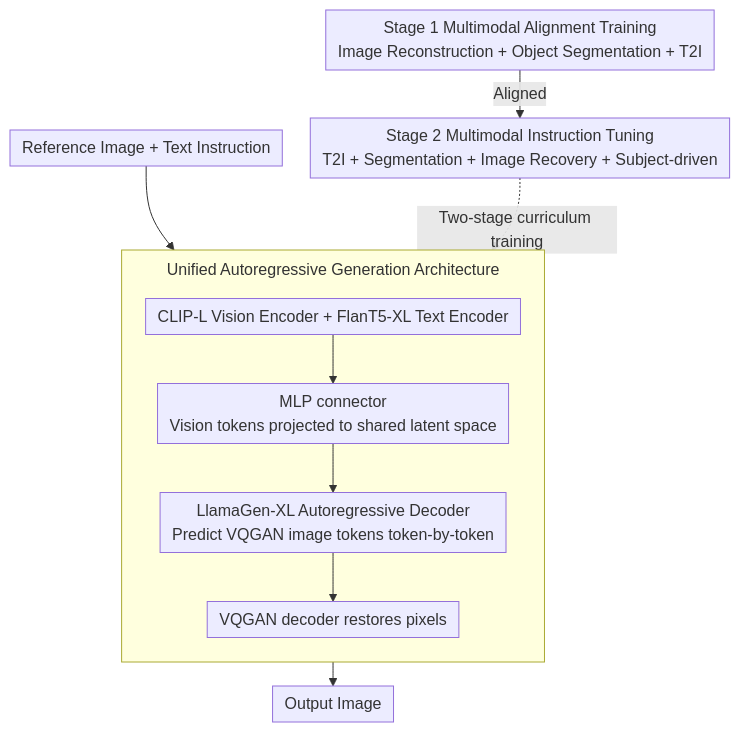
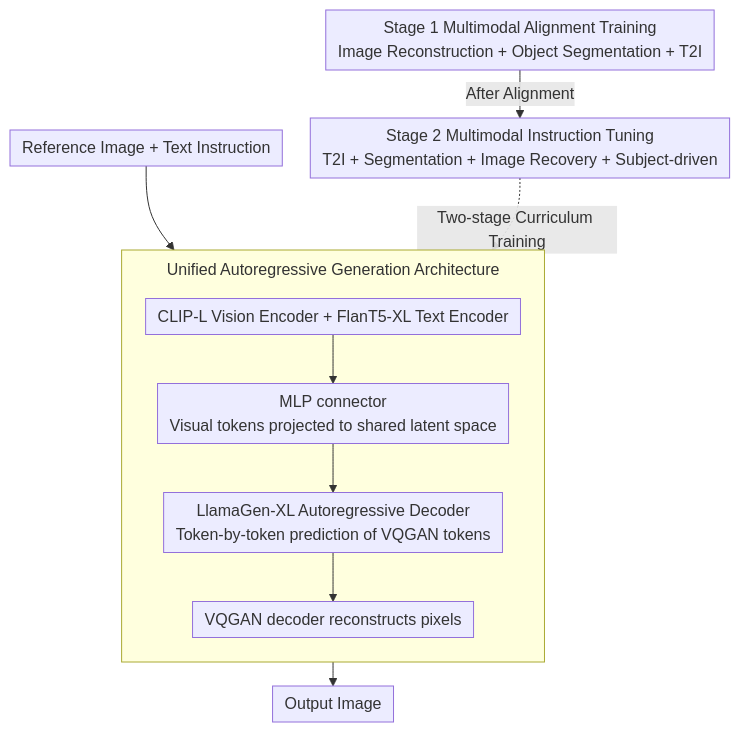
One commit to zhaoyang97/Paper-Notes-en changed the diagram in docs/ACL2026/image_generation/mentor_efficient_multimodal-conditioned_tuning_for_autoregressive_vision_generat.md. Above: the diagram before and after it, drawn with Mermaid. The commit also changed other lines of this file and 5084 other files, not shown here.

````diff
--- a/docs/ACL2026/image_generation/mentor_efficient_multimodal-conditioned_tuning_for_autoregressive_vision_generat.md
+++ b/docs/ACL2026/image_generation/mentor_efficient_multimodal-conditioned_tuning_for_autoregressive_vision_generat.md
@@ -43,19 +43,19 @@
 ```mermaid
 %%{init: {'flowchart': {'rankSpacing': 24, 'nodeSpacing': 28, 'padding': 6, 'wrappingWidth': 400, 'subGraphTitleMargin': {'top': 8, 'bottom': 16}}}}%%
 flowchart TD
     IN["Reference Image + Text Instruction"]
     subgraph ARCH["Unified Autoregressive Generation Architecture"]
         direction TB
         ENC["CLIP-L Vision Encoder + FlanT5-XL Text Encoder"]
-        CONN["MLP connector<br/>Vision tokens projected to shared latent space"]
-        DEC["LlamaGen-XL Autoregressive Decoder<br/>Predict VQGAN image tokens token-by-token"]
-        VQ["VQGAN decoder restores pixels"]
+        CONN["MLP connector<br/>Visual tokens projected to shared latent space"]
+        DEC["LlamaGen-XL Autoregressive Decoder<br/>Token-by-token prediction of VQGAN tokens"]
+        VQ["VQGAN decoder reconstructs pixels"]
         ENC --> CONN --> DEC --> VQ
     end
     IN --> ENC
     VQ --> OUT["Output Image"]
     S1["Stage 1 Multimodal Alignment Training<br/>Image Reconstruction + Object Segmentation + T2I"]
     S2["Stage 2 Multimodal Instruction Tuning<br/>T2I + Segmentation + Image Recovery + Subject-driven"]
-    S1 -->|Aligned| S2
-    S2 -.Two-stage curriculum training.-> ARCH
+    S1 -->|After Alignment| S2
+    S2 -.Two-stage Curriculum Training.-> ARCH
 ```
````
